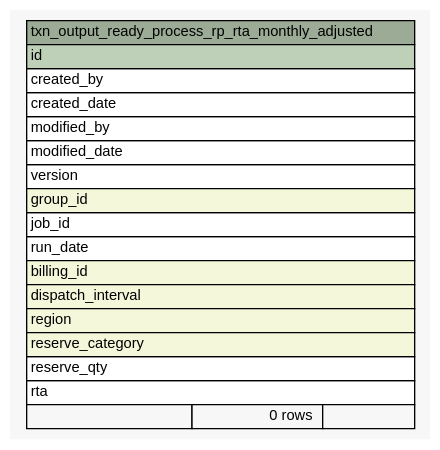
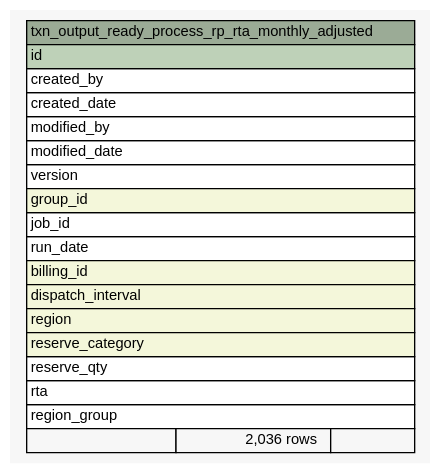
The diagram in Data/settlement/diagrams/summary/txn_output_ready_process_rp_rta_monthly_adjusted.1degree.dot (eyana-m/python-data-dictionary-writer), drawn with Graphviz before and after one commit. The commit also changed 715 other files, not shown here.

```diff
--- a/Data/settlement/diagrams/summary/txn_output_ready_process_rp_rta_monthly_adjusted.1degree.dot
+++ b/Data/settlement/diagrams/summary/txn_output_ready_process_rp_rta_monthly_adjusted.1degree.dot
@@ -1,44 +1,45 @@
-// dot 2.36.0 on Mac OS X 10.12.5
+// dot 2.36.0 on Mac OS X 10.12.6
 // SchemaSpy rev 590
 digraph "txn_output_ready_process_rp_rta_monthly_adjusted" {
   graph [
     rankdir="RL"
     bgcolor="#f7f7f7"
     nodesep="0.18"
     ranksep="0.46"
     fontname="Helvetica"
     fontsize="11"
   ];
   node [
     fontname="Helvetica"
     fontsize="11"
     shape="plaintext"
   ];
   edge [
     arrowsize="0.8"
   ];
   "txn_output_ready_process_rp_rta_monthly_adjusted" [
     label=<
     <TABLE BORDER="0" CELLBORDER="1" CELLSPACING="0" BGCOLOR="#ffffff">
       <TR><TD COLSPAN="3" BGCOLOR="#9bab96" ALIGN="CENTER">txn_output_ready_process_rp_rta_monthly_adjusted</TD></TR>
       <TR><TD PORT="id" COLSPAN="3" BGCOLOR="#bed1b8" ALIGN="LEFT">id</TD></TR>
       <TR><TD PORT="created_by" COLSPAN="3" ALIGN="LEFT">created_by</TD></TR>
       <TR><TD PORT="created_date" COLSPAN="3" ALIGN="LEFT">created_date</TD></TR>
       <TR><TD PORT="modified_by" COLSPAN="3" ALIGN="LEFT">modified_by</TD></TR>
       <TR><TD PORT="modified_date" COLSPAN="3" ALIGN="LEFT">modified_date</TD></TR>
       <TR><TD PORT="version" COLSPAN="3" ALIGN="LEFT">version</TD></TR>
       <TR><TD PORT="group_id" COLSPAN="3" BGCOLOR="#f4f7da" ALIGN="LEFT">group_id</TD></TR>
       <TR><TD PORT="job_id" COLSPAN="3" ALIGN="LEFT">job_id</TD></TR>
       <TR><TD PORT="run_date" COLSPAN="3" ALIGN="LEFT">run_date</TD></TR>
       <TR><TD PORT="billing_id" COLSPAN="3" BGCOLOR="#f4f7da" ALIGN="LEFT">billing_id</TD></TR>
       <TR><TD PORT="dispatch_interval" COLSPAN="3" BGCOLOR="#f4f7da" ALIGN="LEFT">dispatch_interval</TD></TR>
       <TR><TD PORT="region" COLSPAN="3" BGCOLOR="#f4f7da" ALIGN="LEFT">region</TD></TR>
       <TR><TD PORT="reserve_category" COLSPAN="3" BGCOLOR="#f4f7da" ALIGN="LEFT">reserve_category</TD></TR>
       <TR><TD PORT="reserve_qty" COLSPAN="3" ALIGN="LEFT">reserve_qty</TD></TR>
       <TR><TD PORT="rta" COLSPAN="3" ALIGN="LEFT">rta</TD></TR>
-      <TR><TD ALIGN="LEFT" BGCOLOR="#f7f7f7">  </TD><TD ALIGN="RIGHT" BGCOLOR="#f7f7f7">0 rows</TD><TD ALIGN="RIGHT" BGCOLOR="#f7f7f7">  </TD></TR>
+      <TR><TD PORT="region_group" COLSPAN="3" ALIGN="LEFT">region_group</TD></TR>
+      <TR><TD ALIGN="LEFT" BGCOLOR="#f7f7f7">  </TD><TD ALIGN="RIGHT" BGCOLOR="#f7f7f7">2,036 rows</TD><TD ALIGN="RIGHT" BGCOLOR="#f7f7f7">  </TD></TR>
     </TABLE>>
     URL="tables/txn_output_ready_process_rp_rta_monthly_adjusted.html"
     tooltip="txn_output_ready_process_rp_rta_monthly_adjusted"
   ];
 }
```
